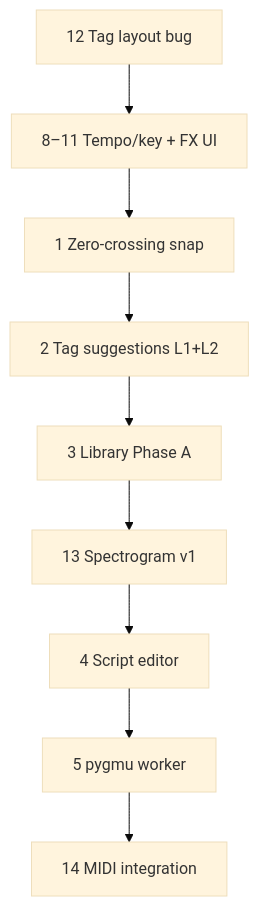
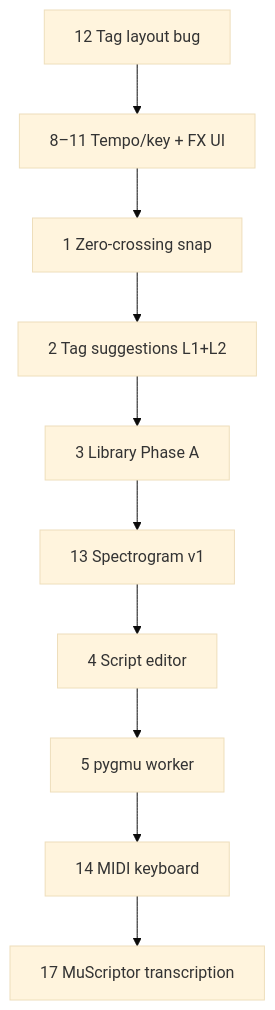
The diagram in docs/ROADMAP.md (workcolony/Butter-Classifier), drawn with Mermaid (base theme) before and after one commit. The commit also changed other lines of this file and 4 other files, not shown here.

First line of the commit message:
Add MuScriptor reference docs and ROADMAP #17 for audio transcription.

````diff
--- a/docs/ROADMAP.md
+++ b/docs/ROADMAP.md
@@ -11,11 +11,12 @@
 ```mermaid
 flowchart TD
     A[12 Tag layout bug] --> B[8–11 Tempo/key + FX UI]
     B --> C[1 Zero-crossing snap]
     C --> D[2 Tag suggestions L1+L2]
     D --> E[3 Library Phase A]
     E --> F[13 Spectrogram v1]
     F --> G[4 Script editor]
     G --> H[5 pygmu worker]
-    H --> I[14 MIDI integration]
+    H --> I[14 MIDI keyboard]
+    I --> J[17 MuScriptor transcription]
 ```
````
